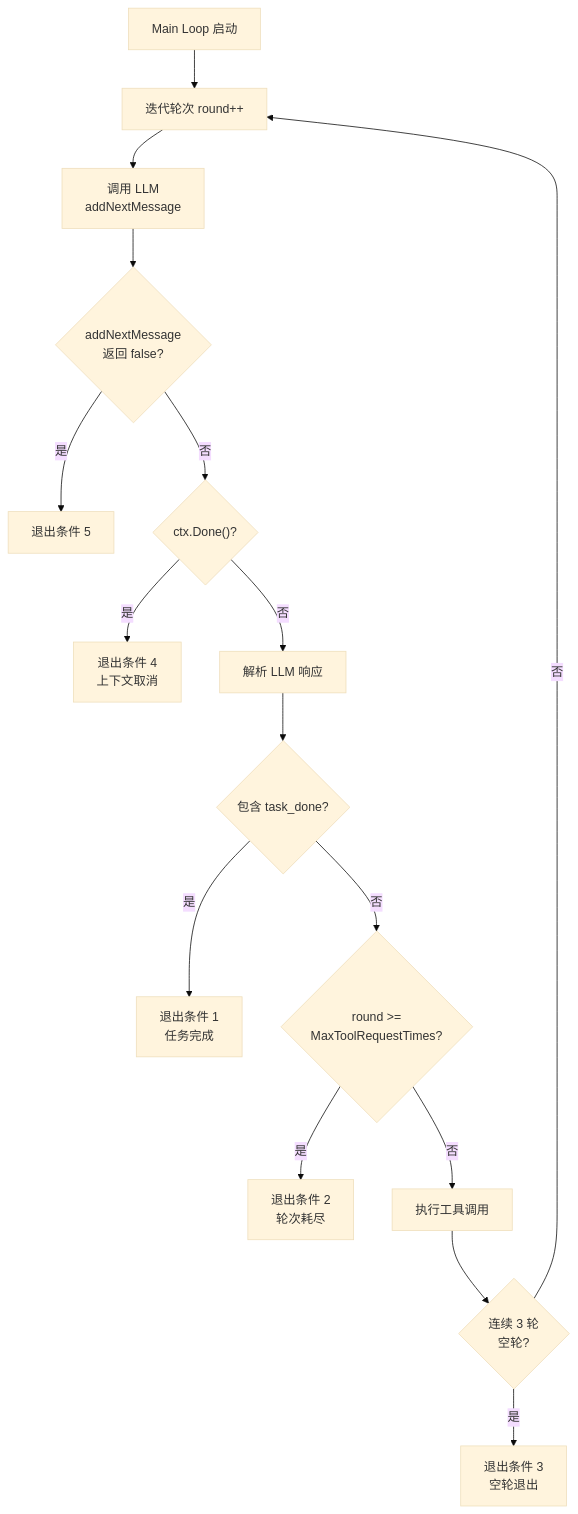
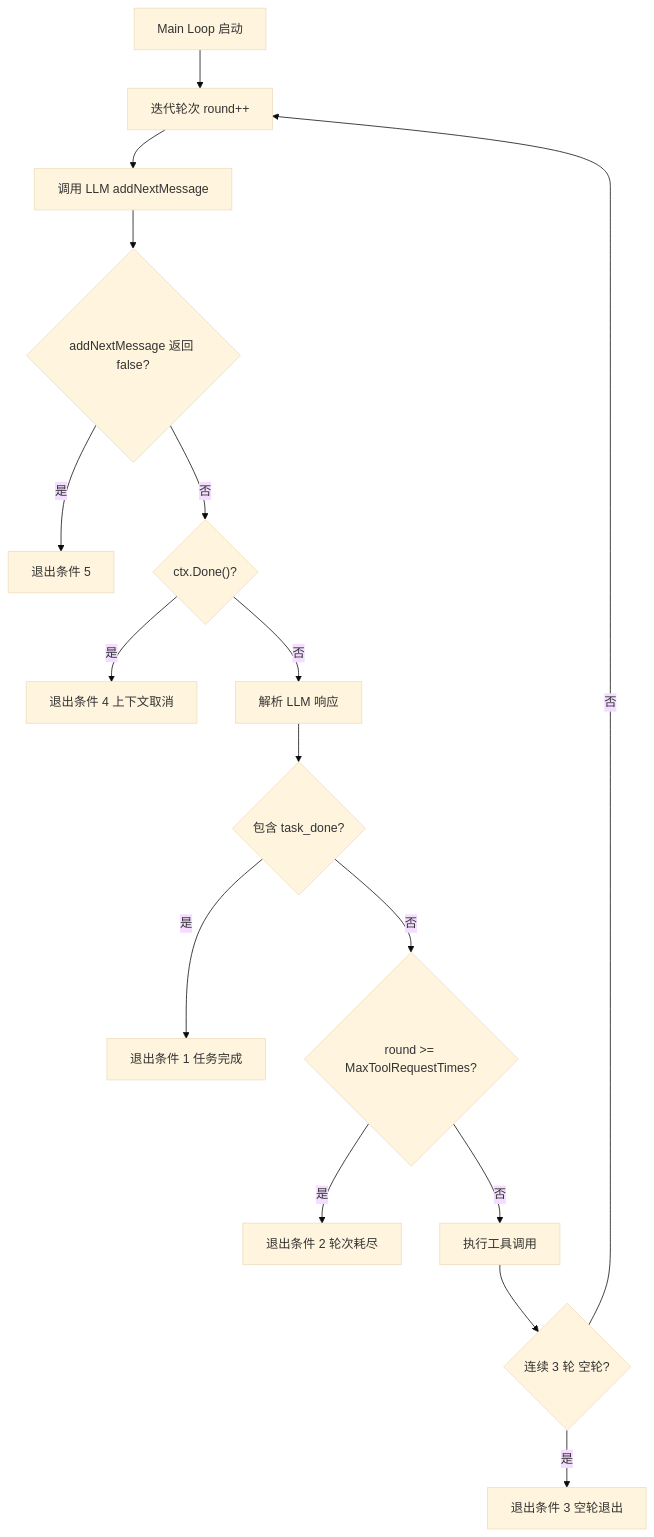
One commit to awesome-flexloop/awesome-okf changed the sixth of 12 diagrams in doc/bundles/jishu/ai/products/open-code-review/concepts/01-architecture.md. Above: the diagram before and after it, drawn with Mermaid (base theme). The commit also changed other lines of this file and 10 other files, not shown here.

First line of the commit message:
docs(bundle): 清偿 Open Code Review 存量 Mermaid 违规避免规范漂移累积

````diff
--- a/doc/bundles/jishu/ai/products/open-code-review/concepts/01-architecture.md
+++ b/doc/bundles/jishu/ai/products/open-code-review/concepts/01-architecture.md
@@ -394,18 +384,18 @@
 ```mermaid
 flowchart TD
     Start["Main Loop 启动"] --> Iter["迭代轮次 round++"]
-    Iter --> Call["调用 LLM<br/>addNextMessage"]
-    Call --> Check1{"addNextMessage<br/>返回 false?"}
+    Iter --> Call["调用 LLM addNextMessage"]
+    Call --> Check1{"addNextMessage 返回 false?"}
     Check1 -->|"是"| Exit1["退出条件 5"]
     Check1 -->|"否"| Check2{"ctx.Done()?"}
-    Check2 -->|"是"| Exit3["退出条件 4<br/>上下文取消"]
+    Check2 -->|"是"| Exit3["退出条件 4 上下文取消"]
     Check2 -->|"否"| Parse["解析 LLM 响应"]
     Parse --> Check3{"包含 task_done?"}
-    Check3 -->|"是"| Exit2["退出条件 1<br/>任务完成"]
-    Check3 -->|"否"| Check4{"round >=<br/>MaxToolRequestTimes?"}
-    Check4 -->|"是"| Exit4["退出条件 2<br/>轮次耗尽"]
+    Check3 -->|"是"| Exit2["退出条件 1 任务完成"]
+    Check3 -->|"否"| Check4{"round >= MaxToolRequestTimes?"}
+    Check4 -->|"是"| Exit4["退出条件 2 轮次耗尽"]
     Check4 -->|"否"| Exec["执行工具调用"]
-    Exec --> Check5{"连续 3 轮<br/>空轮?"}
-    Check5 -->|"是"| Exit5["退出条件 3<br/>空轮退出"]
+    Exec --> Check5{"连续 3 轮 空轮?"}
+    Check5 -->|"是"| Exit5["退出条件 3 空轮退出"]
     Check5 -->|"否"| Iter
 ```
````
